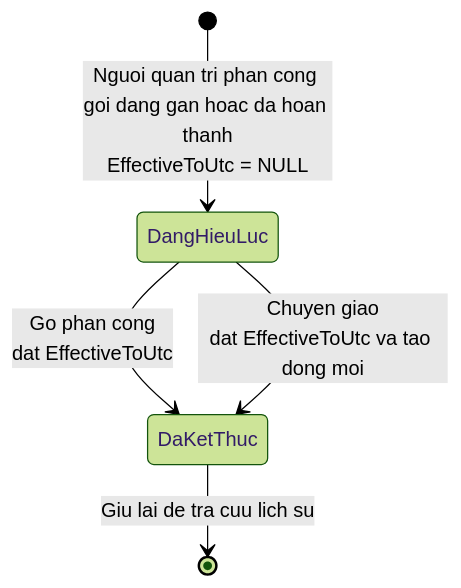
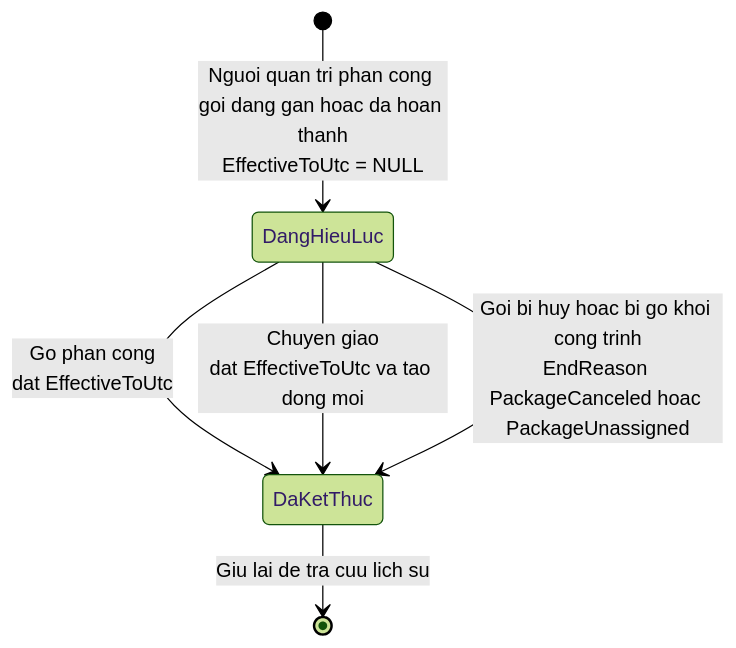
The fourth of 5 diagrams in tdd/TDD-RBAC-003.md (TaskCoper/bmt-documentation), drawn with Mermaid (forest theme) before and after one commit. The commit also changed other lines of this file and 190 other files, not shown here.

````diff
--- a/tdd/TDD-RBAC-003.md
+++ b/tdd/TDD-RBAC-003.md
@@ -395,7 +431,8 @@
 ```mermaid
 stateDiagram-v2
     [*] --> DangHieuLuc: Nguoi quan tri phan cong goi dang gan hoac da hoan thanh<br/>EffectiveToUtc = NULL
     DangHieuLuc --> DaKetThuc: Go phan cong<br/>dat EffectiveToUtc
     DangHieuLuc --> DaKetThuc: Chuyen giao<br/>dat EffectiveToUtc va tao dong moi
+    DangHieuLuc --> DaKetThuc: Goi bi huy hoac bi go khoi cong trinh<br/>EndReason PackageCanceled hoac PackageUnassigned
     DaKetThuc --> [*]: Giu lai de tra cuu lich su
 ```
````
